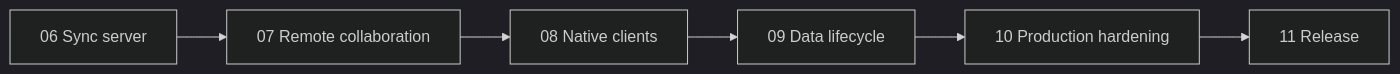
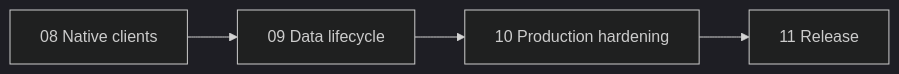
The diagram in steps/README.md (waneon/neoseq), drawn with Mermaid (dark theme) before and after one commit. The commit also changed other lines of this file and 65 other files, not shown here.

````diff
--- a/steps/README.md
+++ b/steps/README.md
@@ -50,8 +47,6 @@
 ```mermaid
 flowchart LR
-    S6[06 Sync server] --> S7[07 Remote collaboration]
-    S7 --> S8[08 Native clients]
-    S8 --> S9[09 Data lifecycle]
+    S8[08 Native clients] --> S9[09 Data lifecycle]
     S9 --> S10[10 Production hardening]
     S10 --> S11[11 Release]
 ```
````
